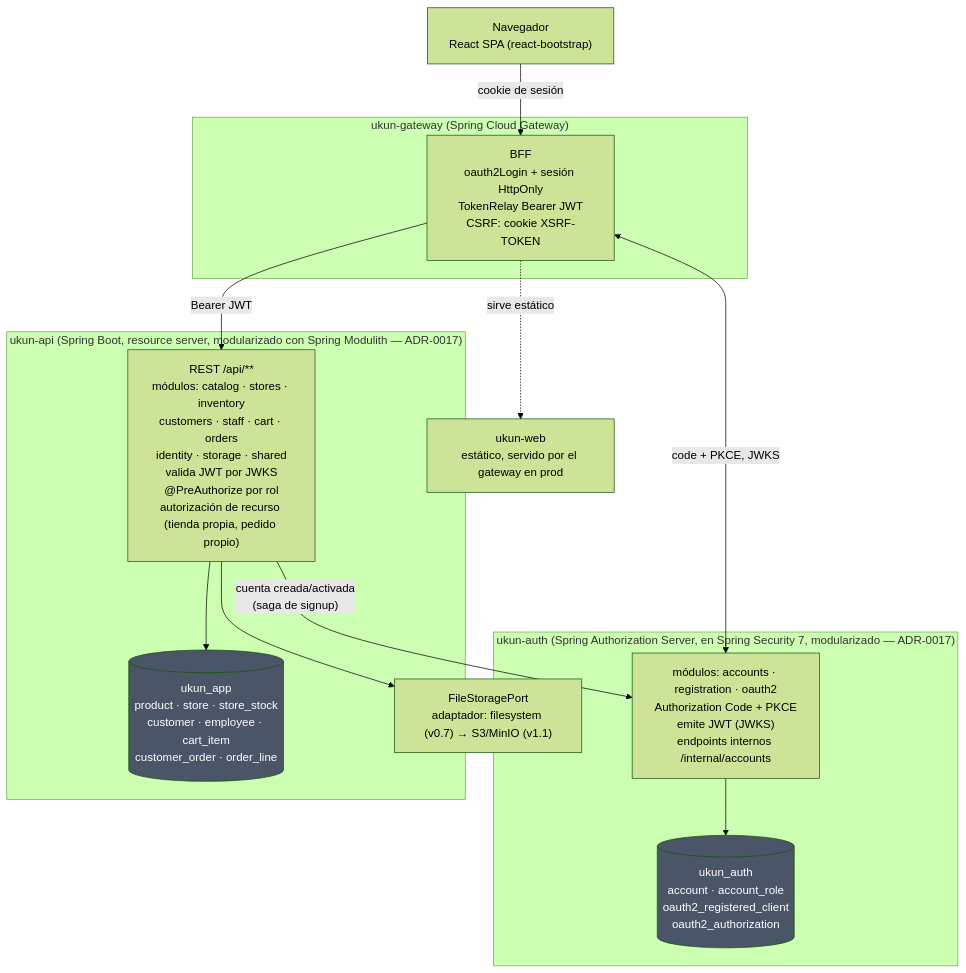
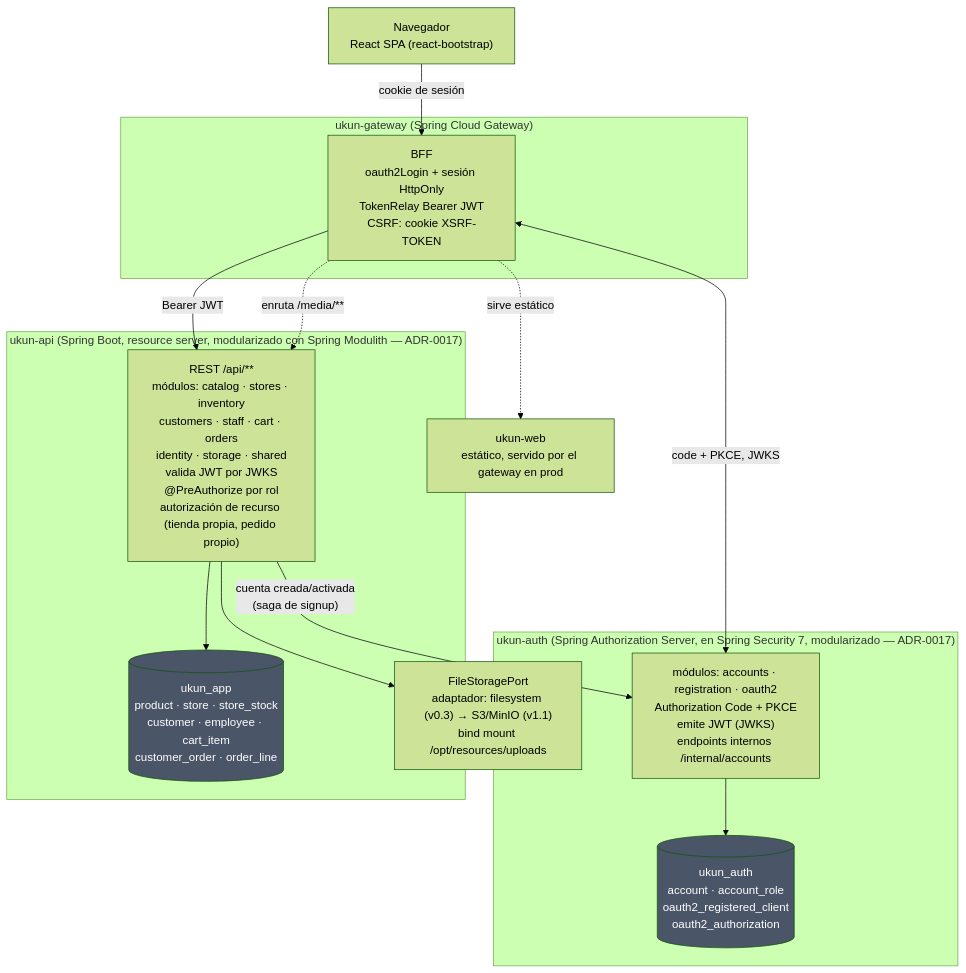
Before and after one commit to sandoretti/ukun: the third of 5 diagrams in docs/01-arquitectura.md, drawn with Mermaid (forest theme). The commit also changed 14 other files, not shown here.

````diff
--- a/docs/01-arquitectura.md
+++ b/docs/01-arquitectura.md
@@ -109,33 +109,34 @@
 ```mermaid
 flowchart TB
     browser["Navegador\nReact SPA (react-bootstrap)"]
 
     subgraph gw["ukun-gateway (Spring Cloud Gateway)"]
         bff["BFF\noauth2Login + sesión HttpOnly\nTokenRelay Bearer JWT\nCSRF: cookie XSRF-TOKEN"]
     end
 
     subgraph auth["ukun-auth (Spring Authorization Server, en Spring Security 7, modularizado — ADR-0017)"]
         authSrv["módulos: accounts · registration · oauth2\nAuthorization Code + PKCE\nemite JWT (JWKS)\nendpoints internos /internal/accounts"]
         authDb[("ukun_auth\naccount · account_role\noauth2_registered_client\noauth2_authorization")]
     end
 
     subgraph api["ukun-api (Spring Boot, resource server, modularizado con Spring Modulith — ADR-0017)"]
         apiSrv["REST /api/**\nmódulos: catalog · stores · inventory\ncustomers · staff · cart · orders\nidentity · storage · shared\nvalida JWT por JWKS\n@PreAuthorize por rol\nautorización de recurso (tienda propia, pedido propio)"]
         apiDb[("ukun_app\nproduct · store · store_stock\ncustomer · employee · cart_item\ncustomer_order · order_line")]
     end
 
     web["ukun-web\nestático, servido por el gateway en prod"]
-    files["FileStoragePort\nadaptador: filesystem (v0.7) → S3/MinIO (v1.1)"]
+    files["FileStoragePort\nadaptador: filesystem (v0.3) → S3/MinIO (v1.1)\nbind mount /opt/resources/uploads"]
 
     browser -- "cookie de sesión" --> bff
     bff -- "Bearer JWT" --> apiSrv
     bff <-- "code + PKCE, JWKS" --> authSrv
     apiSrv -- "cuenta creada/activada\n(saga de signup)" --> authSrv
     apiSrv --> apiDb
     authSrv --> authDb
     apiSrv --> files
+    bff -. "enruta /media/**" .-> apiSrv
     bff -. sirve estático .-> web
 
     style authDb fill:#4a5568,color:#fff
     style apiDb fill:#4a5568,color:#fff
 ```
````
